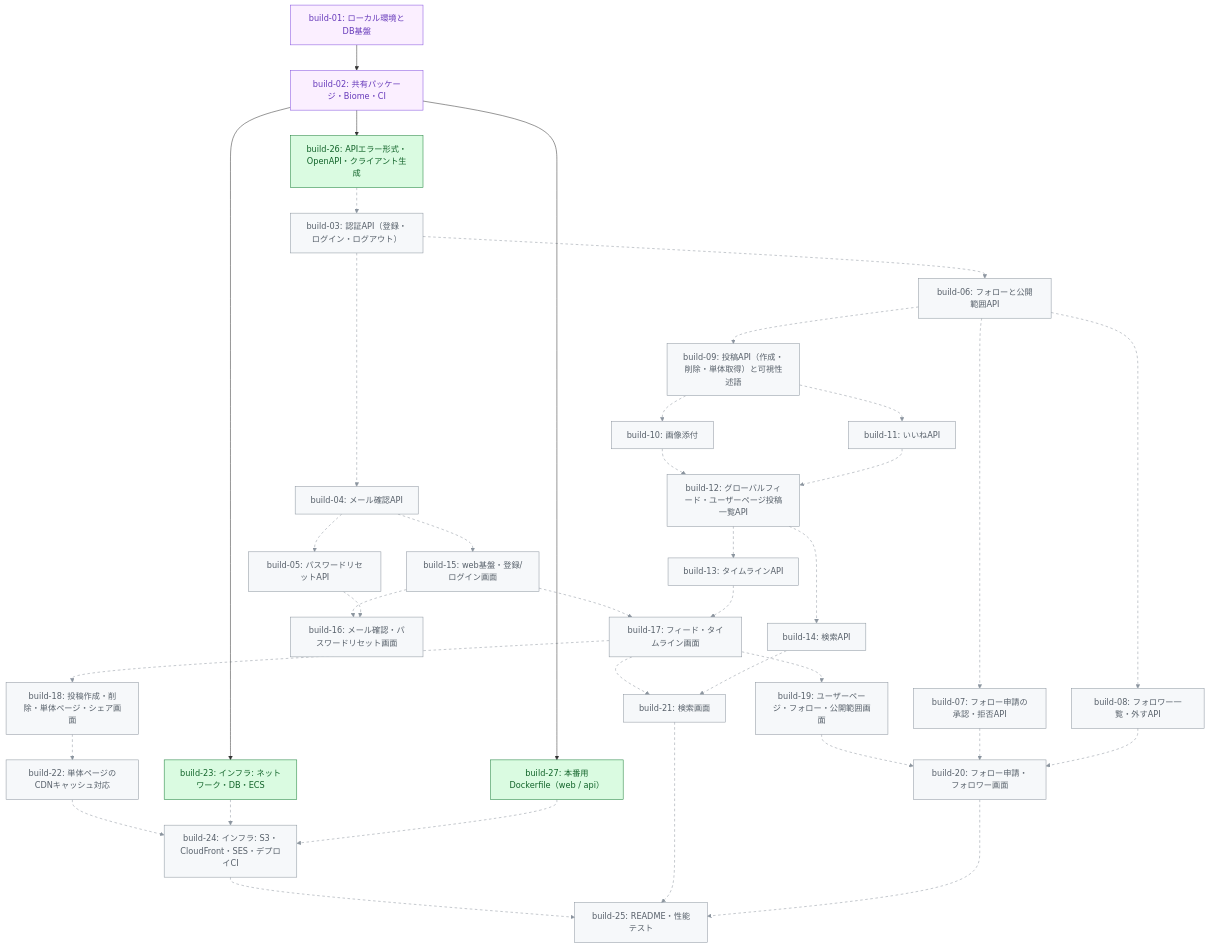
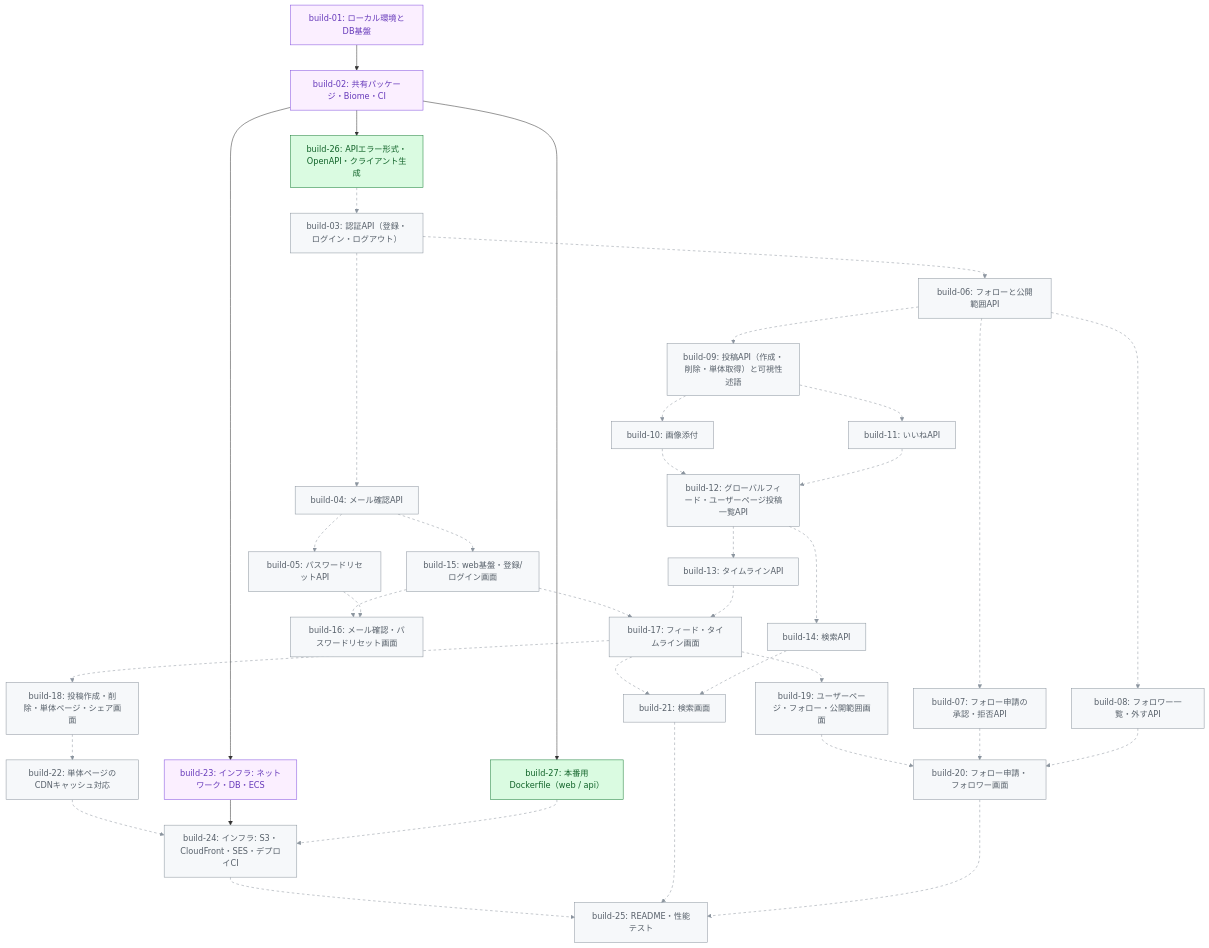
One commit to tak-solder/litmus-sns-sonnet55-hikyaku changed the diagram in docs/hikyaku/cycles/001-mvp/tasklist.md. Above: the diagram before and after it, drawn with Mermaid. The commit also changed other lines of this file, not shown here.

Commit message:
build-23: tasklist の PR 列を更新する

````diff
--- a/docs/hikyaku/cycles/001-mvp/tasklist.md
+++ b/docs/hikyaku/cycles/001-mvp/tasklist.md
@@ -42,73 +42,73 @@
 ```mermaid
 graph TD
   b01["build-01: ローカル環境とDB基盤"]
   b02["build-02: 共有パッケージ・Biome・CI"]
   b03["build-03: 認証API（登録・ログイン・ログアウト）"]
   b04["build-04: メール確認API"]
   b05["build-05: パスワードリセットAPI"]
   b06["build-06: フォローと公開範囲API"]
   b07["build-07: フォロー申請の承認・拒否API"]
   b08["build-08: フォロワー一覧・外すAPI"]
   b09["build-09: 投稿API（作成・削除・単体取得）と可視性述語"]
   b10["build-10: 画像添付"]
   b11["build-11: いいねAPI"]
   b12["build-12: グローバルフィード・ユーザーページ投稿一覧API"]
   b13["build-13: タイムラインAPI"]
   b14["build-14: 検索API"]
   b15["build-15: web基盤・登録/ログイン画面"]
   b16["build-16: メール確認・パスワードリセット画面"]
   b17["build-17: フィード・タイムライン画面"]
   b18["build-18: 投稿作成・削除・単体ページ・シェア画面"]
   b19["build-19: ユーザーページ・フォロー・公開範囲画面"]
   b20["build-20: フォロー申請・フォロワー画面"]
   b21["build-21: 検索画面"]
   b22["build-22: 単体ページのCDNキャッシュ対応"]
   b23["build-23: インフラ: ネットワーク・DB・ECS"]
   b24["build-24: インフラ: S3・CloudFront・SES・デプロイCI"]
   b25["build-25: README・性能テスト"]
   b26["build-26: APIエラー形式・OpenAPI・クライアント生成"]
   b27["build-27: 本番用Dockerfile（web / api）"]
   b01 --> b02
   b26 -.-> b03
   b03 -.-> b04
   b04 -.-> b05
   b03 -.-> b06
   b06 -.-> b07
   b06 -.-> b08
   b06 -.-> b09
   b09 -.-> b10
   b09 -.-> b11
   b10 -.-> b12
   b11 -.-> b12
   b12 -.-> b13
   b12 -.-> b14
   b04 -.-> b15
   b15 -.-> b16
   b05 -.-> b16
   b15 -.-> b17
   b13 -.-> b17
   b17 -.-> b18
   b17 -.-> b19
   b19 -.-> b20
   b07 -.-> b20
   b08 -.-> b20
   b17 -.-> b21
   b14 -.-> b21
   b18 -.-> b22
   b02 --> b23
   b22 -.-> b24
-  b23 -.-> b24
+  b23 --> b24
   b27 -.-> b24
   b24 -.-> b25
   b21 -.-> b25
   b20 -.-> b25
   b02 --> b26
   b02 --> b27
   classDef merged fill:#fbefff,stroke:#8250df,color:#6639ba
   classDef ready fill:#dafbe1,stroke:#1a7f37,color:#116329
   classDef blocked fill:#f6f8fa,stroke:#8c959f,color:#57606a
-  class b01,b02 merged
-  class b23,b26,b27 ready
+  class b01,b02,b23 merged
+  class b26,b27 ready
   class b03,b04,b05,b06,b07,b08,b09,b10,b11,b12,b13,b14,b15,b16,b17,b18,b19,b20,b21,b22,b24,b25 blocked
-  linkStyle 1,2,3,4,5,6,7,8,9,10,11,12,13,14,15,16,17,18,19,20,21,22,23,24,25,26,28,29,30,31,32,33 stroke:#8c959f,stroke-dasharray:5 5
+  linkStyle 1,2,3,4,5,6,7,8,9,10,11,12,13,14,15,16,17,18,19,20,21,22,23,24,25,26,28,30,31,32,33 stroke:#8c959f,stroke-dasharray:5 5
 ```
````
